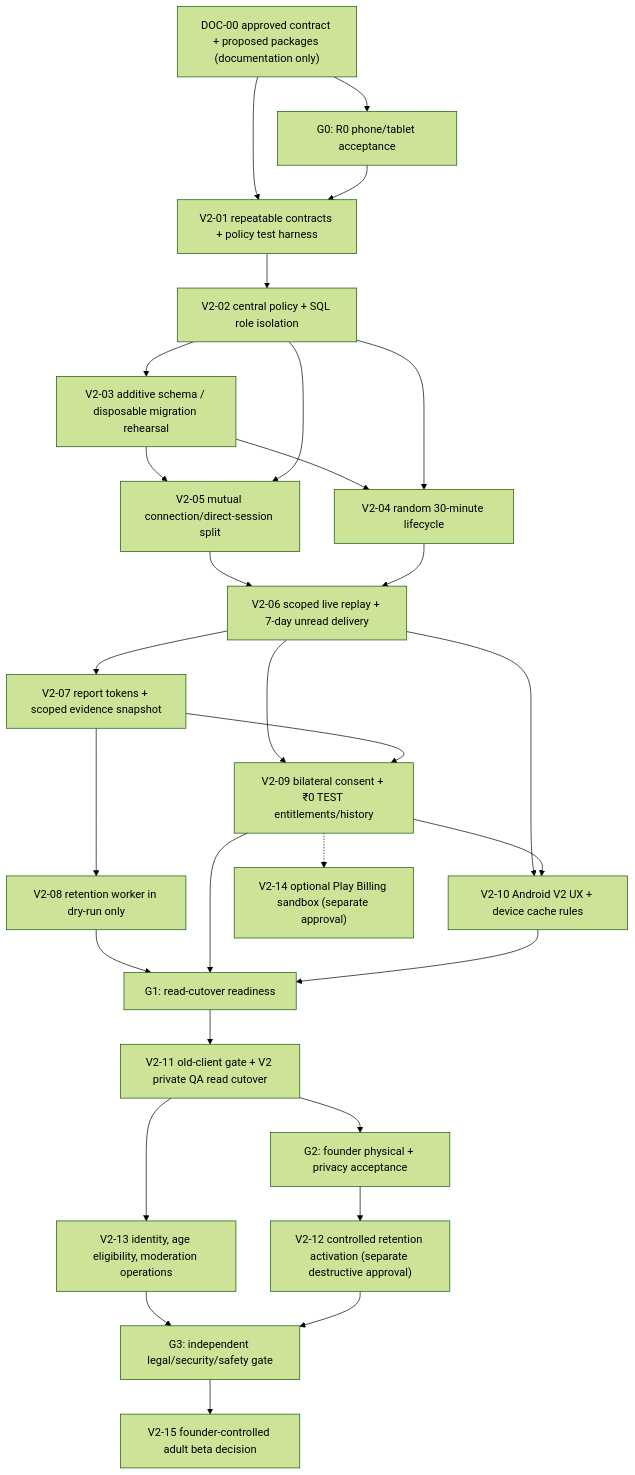
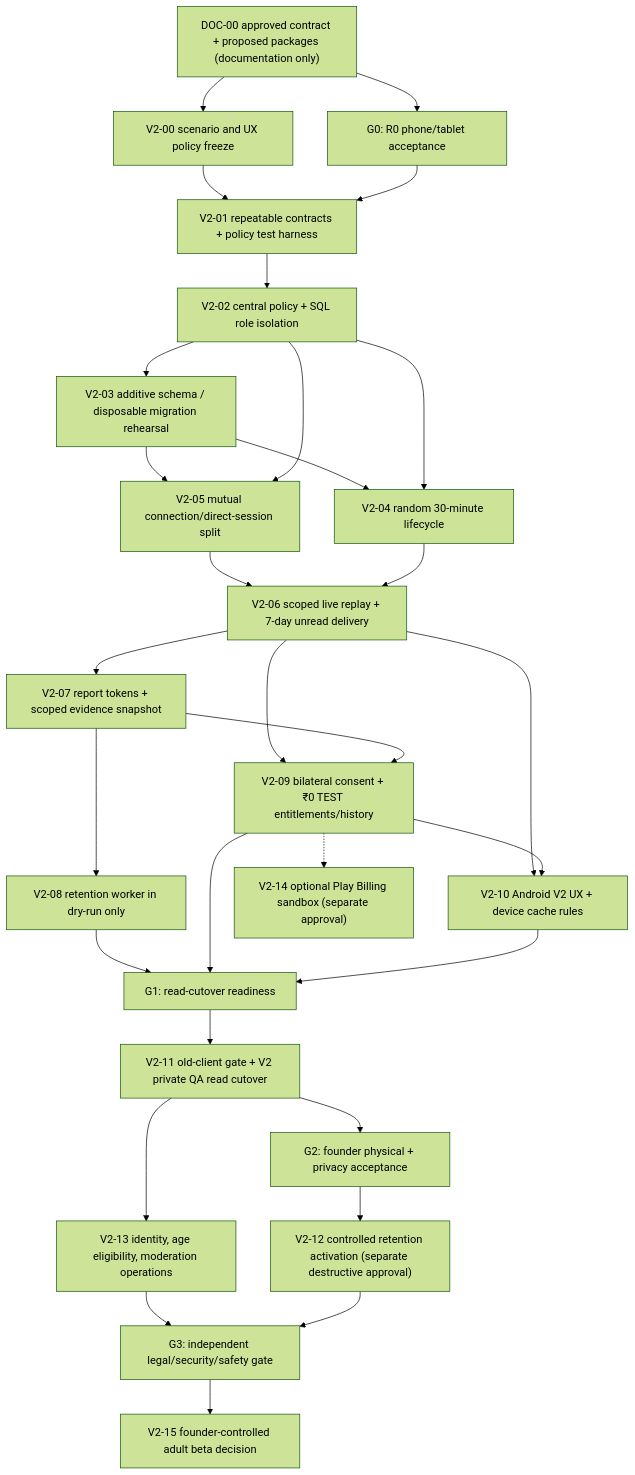
The diagram in docs/engineering/V2_IMPLEMENTATION_PACKAGES.md (rayadinaveen98-ship-it/bridge), drawn with Mermaid (forest theme) before and after one commit. The commit also changed other lines of this file, not shown here.

Commit message:
docs(v2): add scenario-first V2-00 gate to implementation dependencies

````diff
--- a/docs/engineering/V2_IMPLEMENTATION_PACKAGES.md
+++ b/docs/engineering/V2_IMPLEMENTATION_PACKAGES.md
@@ -35,31 +47,32 @@
 ```mermaid
 flowchart TD
  D["DOC-00 approved contract + proposed packages (documentation only)"] --> R["G0: R0 phone/tablet acceptance"]
- D --> P1["V2-01 repeatable contracts + policy test harness"]
+ D --> W["V2-00 scenario and UX policy freeze"]
+ W --> P1["V2-01 repeatable contracts + policy test harness"]
  R --> P1
  P1 --> P2["V2-02 central policy + SQL role isolation"]
  P2 --> P3["V2-03 additive schema / disposable migration rehearsal"]
  P3 --> P4["V2-04 random 30-minute lifecycle"]
  P3 --> P5["V2-05 mutual connection/direct-session split"]
  P2 --> P4
  P2 --> P5
  P5 --> P6["V2-06 scoped live replay + 7-day unread delivery"]
  P4 --> P6
  P6 --> P7["V2-07 report tokens + scoped evidence snapshot"]
  P7 --> P8["V2-08 retention worker in dry-run only"]
  P6 --> P9["V2-09 bilateral consent + ₹0 TEST entitlements/history"]
  P7 --> P9
  P6 --> P10["V2-10 Android V2 UX + device cache rules"]
  P9 --> P10
  P8 --> G1["G1: read-cutover readiness"]
  P9 --> G1
  P10 --> G1
  G1 --> P11["V2-11 old-client gate + V2 private QA read cutover"]
  P11 --> G2["G2: founder physical + privacy acceptance"]
  G2 --> P12["V2-12 controlled retention activation (separate destructive approval)"]
  P11 --> P13["V2-13 identity, age eligibility, moderation operations"]
  P13 --> G3["G3: independent legal/security/safety gate"]
  P12 --> G3
  G3 --> P15["V2-15 founder-controlled adult beta decision"]
  P9 -.-> P14["V2-14 optional Play Billing sandbox (separate approval)"]
 ```
````
